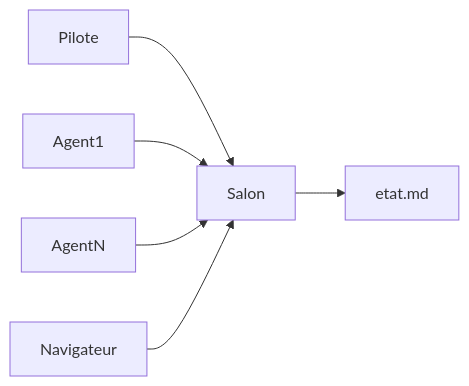
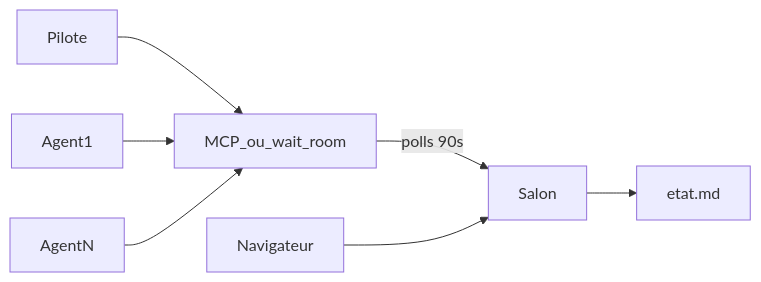
One commit to florian-marquis/Vestiges-horizons changed the first of 2 diagrams in multiagents/docs/ARCHITECTURE.md. Above: the diagram before and after it, drawn with Mermaid. The commit also changed other lines of this file and 57 other files, not shown here.

````diff
--- a/multiagents/docs/ARCHITECTURE.md
+++ b/multiagents/docs/ARCHITECTURE.md
@@ -9,8 +11,9 @@
 ```mermaid
 flowchart LR
-  pilote[Pilote] --> bus[Salon]
-  agent1[Agent1] --> bus
-  agentN[AgentN] --> bus
+  pilote[Pilote] --> client[MCP_ou_wait_room]
+  agent1[Agent1] --> client
+  agentN[AgentN] --> client
+  client -->|"polls 90s"| bus[Salon]
   humain[Navigateur] --> bus
   bus --> etat[etat.md]
 ```
````
